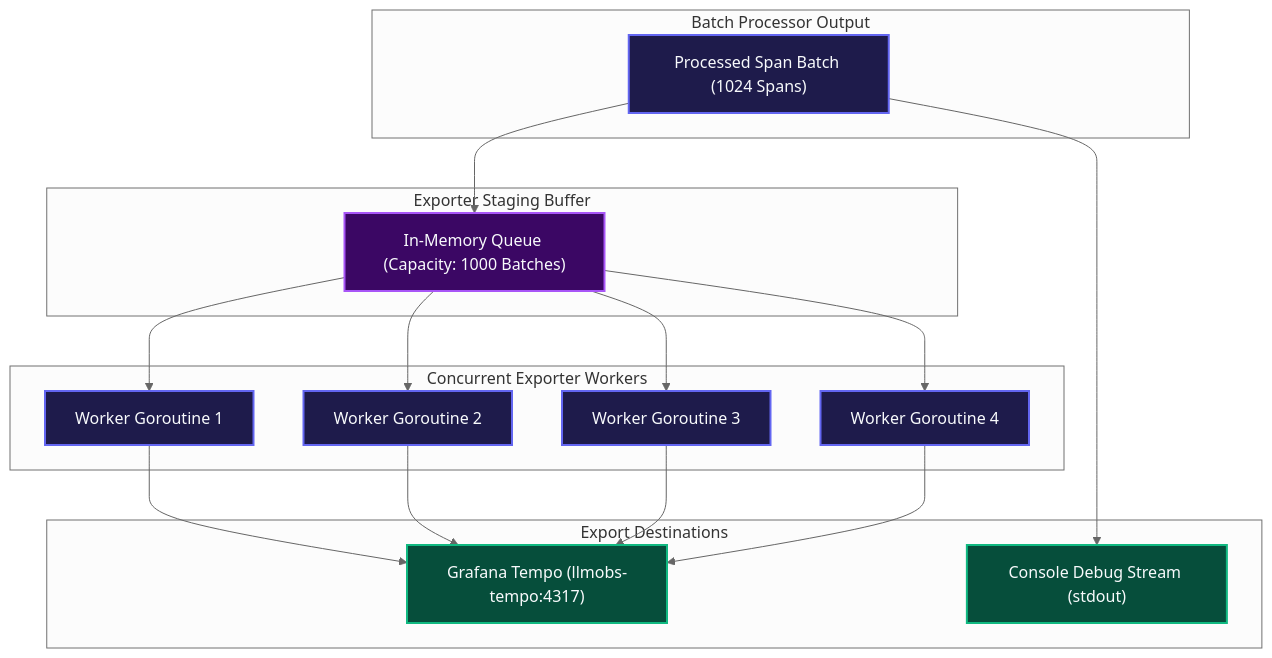
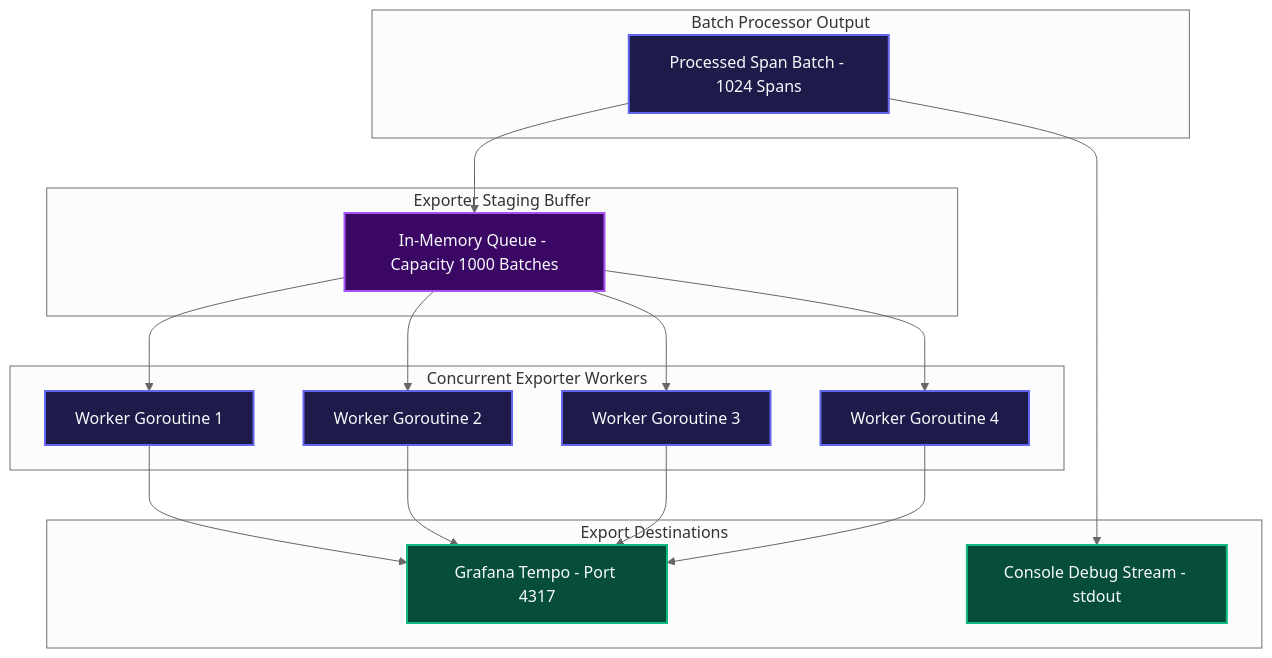
One commit to Chief-Strategist-J/llm-obs-infra changed diagram 13 of 22 in docs/configDoc/otel-collector-configuration-guide.md. Above: the diagram before and after it, drawn with Mermaid (neutral theme). The commit also changed other lines of this file, not shown here.

Commit message:
fix(docs): resolve all Mermaid diagram syntax and layout rendering issues in otel configuration guide

````diff
--- a/docs/configDoc/otel-collector-configuration-guide.md
+++ b/docs/configDoc/otel-collector-configuration-guide.md
@@ -1293,44 +1318,44 @@
 ```mermaid
 graph TD
     subgraph ProcessedTelemetry ["Batch Processor Output"]
-        BatchOut["Processed Span Batch (1024 Spans)"]
+        BatchOut["Processed Span Batch - 1024 Spans"]
     end
 
     subgraph InternalQueue ["Exporter Staging Buffer"]
-        SendingQ["In-Memory Queue (Capacity: 1000 Batches)"]
+        SendingQ["In-Memory Queue - Capacity 1000 Batches"]
     end
 
     subgraph WorkerPool ["Concurrent Exporter Workers"]
         Worker1["Worker Goroutine 1"]
         Worker2["Worker Goroutine 2"]
         Worker3["Worker Goroutine 3"]
         Worker4["Worker Goroutine 4"]
     end
 
     subgraph Sinks ["Export Destinations"]
-        TempoGRPC["Grafana Tempo (llmobs-tempo:4317)"]
-        DebugOut["Console Debug Stream (stdout)"]
+        TempoGRPC["Grafana Tempo - Port 4317"]
+        DebugOut["Console Debug Stream - stdout"]
     end
 
     BatchOut --> SendingQ
     BatchOut --> DebugOut
 
     SendingQ --> Worker1
     SendingQ --> Worker2
     SendingQ --> Worker3
     SendingQ --> Worker4
 
     Worker1 --> TempoGRPC
     Worker2 --> TempoGRPC
     Worker3 --> TempoGRPC
     Worker4 --> TempoGRPC
 
     style BatchOut fill:#1e1b4b,stroke:#6366f1,stroke-width:2px,color:#f8fafc
     style SendingQ fill:#3b0764,stroke:#a855f7,stroke-width:2px,color:#f8fafc
     style Worker1 fill:#1e1b4b,stroke:#6366f1,stroke-width:2px,color:#f8fafc
     style Worker2 fill:#1e1b4b,stroke:#6366f1,stroke-width:2px,color:#f8fafc
     style Worker3 fill:#1e1b4b,stroke:#6366f1,stroke-width:2px,color:#f8fafc
     style Worker4 fill:#1e1b4b,stroke:#6366f1,stroke-width:2px,color:#f8fafc
     style TempoGRPC fill:#064e3b,stroke:#10b981,stroke-width:2px,color:#f8fafc
     style DebugOut fill:#064e3b,stroke:#10b981,stroke-width:2px,color:#f8fafc
 ```
````
